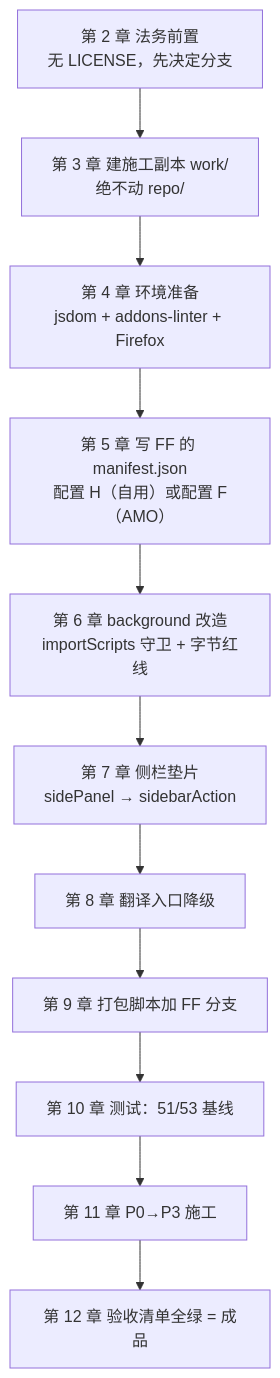
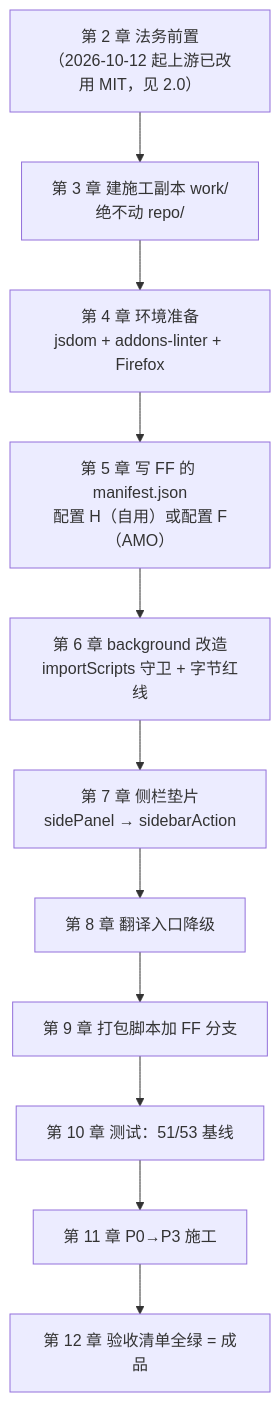
One commit to Huianyuan/lateron-firefox-port changed the diagram in port-docs/Firefox-适配技术方案.md. Above: the diagram before and after it, drawn with Mermaid. The commit also changed other lines of this file, not shown here.

Commit message:
文档：0.3 路线图与 0.1 证据说明补 2026-10-12/真机验证后的状态标注

````diff
--- a/port-docs/Firefox-适配技术方案.md
+++ b/port-docs/Firefox-适配技术方案.md
@@ -62,13 +64,13 @@
 ```mermaid
 flowchart TD
-  A["第 2 章 法务前置<br/>无 LICENSE，先决定分支"] --> B["第 3 章 建施工副本 work/<br/>绝不动 repo/"]
+  A["第 2 章 法务前置<br/>（2026-10-12 起上游已改用 MIT，见 2.0）"] --> B["第 3 章 建施工副本 work/<br/>绝不动 repo/"]
   B --> C["第 4 章 环境准备<br/>jsdom + addons-linter + Firefox"]
   C --> D["第 5 章 写 FF 的 manifest.json<br/>配置 H（自用）或配置 F（AMO）"]
   D --> E["第 6 章 background 改造<br/>importScripts 守卫 + 字节红线"]
   E --> F["第 7 章 侧栏垫片<br/>sidePanel → sidebarAction"]
   F --> G["第 8 章 翻译入口降级"]
   G --> H["第 9 章 打包脚本加 FF 分支"]
   H --> I["第 10 章 测试：51/53 基线"]
   I --> J["第 11 章 P0→P3 施工"]
   J --> K["第 12 章 验收清单全绿 = 成品"]
 ```
````
